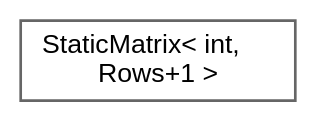
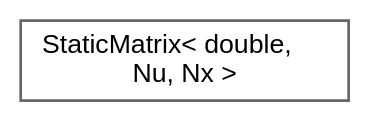
Before and after one commit to jswoo0615/Algorithms_for_Optimization_cpp: the diagram in inherit_graph_99.dot, drawn with Graphviz. The commit also changed 137 other files, not shown here.

```diff
--- a/inherit_graph_99.dot
+++ b/inherit_graph_99.dot
@@ -1,9 +1,9 @@
 digraph "Graphical Class Hierarchy"
 {
  // LATEX_PDF_SIZE
   bgcolor="transparent";
   edge [fontname=Helvetica,fontsize=10,labelfontname=Helvetica,labelfontsize=10];
   node [fontname=Helvetica,fontsize=10,shape=box,height=0.2,width=0.4];
   rankdir="LR";
-  Node0 [id="Node000000",label="StaticMatrix\< int,\l Rows+1 \>",height=0.2,width=0.4,color="grey40", fillcolor="white", style="filled",URL="$classStaticMatrix.html",tooltip=" "];
+  Node0 [id="Node000000",label="StaticMatrix\< double,\l Nu, Nx \>",height=0.2,width=0.4,color="grey40", fillcolor="white", style="filled",URL="$classStaticMatrix.html",tooltip=" "];
 }
```
